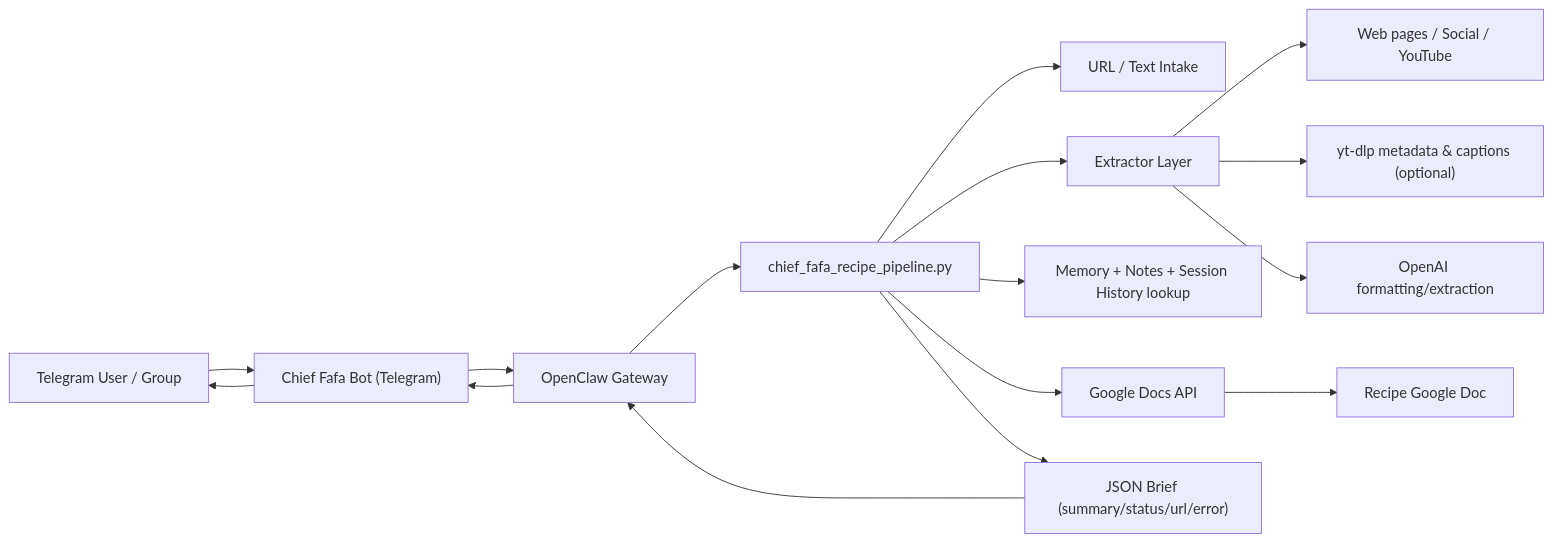
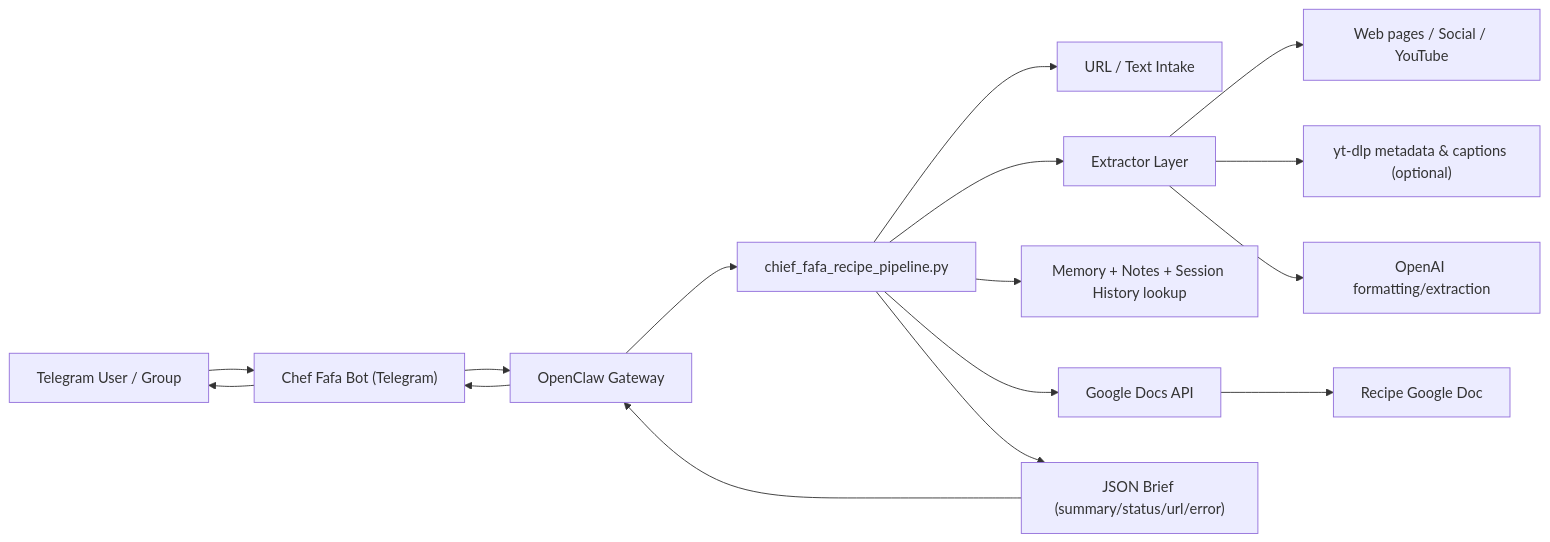
One commit to FelixLee888/ChiefFaFaBot changed the diagram in README.md. Above: the diagram before and after it, drawn with Mermaid. The commit also changed other lines of this file and 2 other files, not shown here.

Commit message:
chore: rename Chief Fafa Bot to Chef Fafa Bot

````diff
--- a/README.md
+++ b/README.md
@@ -16,21 +16,21 @@
 ```mermaid
 flowchart LR
-  A["Telegram User / Group"] --> B["Chief Fafa Bot (Telegram)"]
+  A["Telegram User / Group"] --> B["Chef Fafa Bot (Telegram)"]
   B --> C["OpenClaw Gateway"]
   C --> D["chief_fafa_recipe_pipeline.py"]
 
   D --> E["URL / Text Intake"]
   D --> F["Extractor Layer"]
   F --> G["Web pages / Social / YouTube"]
   F --> H["yt-dlp metadata & captions (optional)"]
   F --> I["OpenAI formatting/extraction"]
 
   D --> J["Memory + Notes + Session History lookup"]
   D --> K["Google Docs API"]
   K --> L["Recipe Google Doc"]
 
   D --> M["JSON Brief (summary/status/url/error)"]
   M --> C
   C --> B
   B --> A
 ```
````
